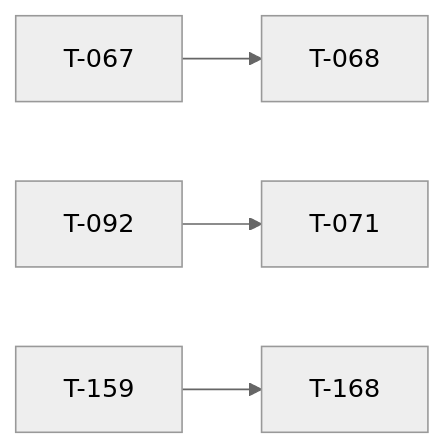
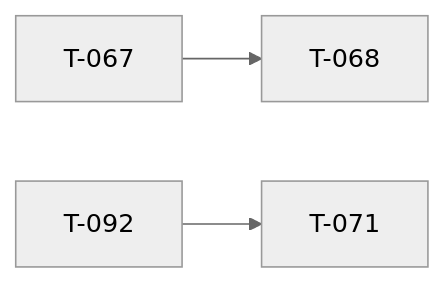
One commit to darkforce09/TBD-reforger changed the diagram in docs/TICKET_LEAD.md. Above: the diagram before and after it, drawn with Mermaid (neutral theme). The commit also changed other lines of this file and 10 other files, not shown here.

````diff
--- a/docs/TICKET_LEAD.md
+++ b/docs/TICKET_LEAD.md
@@ -31,6 +30,5 @@
 ```mermaid
 flowchart LR
   T067[T-067] --> T068[T-068]
   T092[T-092] --> T071[T-071]
-  T159[T-159] --> T168[T-168]
 ```
````
